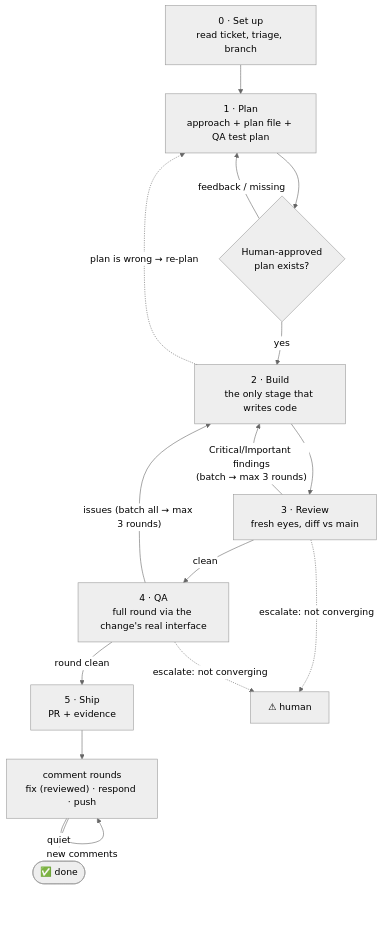
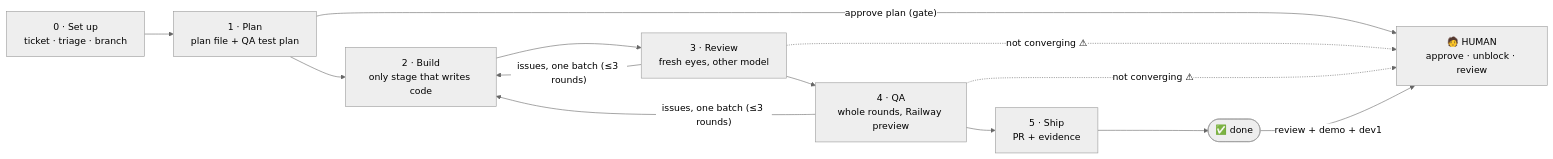
One commit to s-ashwinkumar/shield changed the diagram in playbook/workflow.md. Above: the diagram before and after it, drawn with Mermaid (neutral theme). The commit also changed other lines of this file and 1 other file, not shown here.

Commit message:
docs(playbook): canonical flow diagram = user-approved straight-line version (lavish session)
Straight LR spine, Review/QA batch loop-backs into Build, HUMAN box
collecting the interruption points (plan gate, escalations, closing
hand-off). .lavish/ scratch artifacts gitignored.

````diff
--- a/playbook/workflow.md
+++ b/playbook/workflow.md
@@ -16,18 +16,18 @@
 ```mermaid
-flowchart TD
-    S0["0 · Set up<br/>read ticket, triage, branch"] --> S1["1 · Plan<br/>approach + plan file + QA test plan"]
-    S1 --> G1{"Human-approved<br/>plan exists?"}
-    G1 -- "feedback / missing" --> S1
-    G1 -- "yes" --> S2["2 · Build<br/>the only stage that writes code"]
-    S2 --> S3["3 · Review<br/>fresh eyes, diff vs main"]
-    S3 -- "Critical/Important findings<br/>(batch → max 3 rounds)" --> S2
-    S3 -- "clean" --> S4["4 · QA<br/>full round via the change's real interface"]
-    S4 -- "issues (batch all → max 3 rounds)" --> S2
-    S4 -- "round clean" --> S5["5 · Ship<br/>PR + evidence"]
-    S5 --> CR["comment rounds<br/>fix (reviewed) · respond · push"]
-    CR -- "new comments" --> CR
-    CR -- "quiet" --> DONE(["✅ done"])
-    S2 -. "plan is wrong → re-plan" .-> S1
-    S3 -. "escalate: not converging" .-> H["⚠ human"]
-    S4 -. "escalate: not converging" .-> H
+flowchart LR
+    S0["0 · Set up<br/>ticket · triage · branch"] --> S1["1 · Plan<br/>plan file + QA test plan"]
+    S1 --> S2["2 · Build<br/>only stage that writes code"]
+    S2 --> S3["3 · Review<br/>fresh eyes, other model"]
+    S3 --> S4["4 · QA<br/>whole rounds, Railway preview"]
+    S4 --> S5["5 · Ship<br/>PR + evidence"]
+    S5 --> DONE(["✅ done"])
+
+    S3 -- "issues, one batch (≤3 rounds)" --> S2
+    S4 -- "issues, one batch (≤3 rounds)" --> S2
+
+    H["🧑 HUMAN<br/>approve · unblock · review"]
+    S1 -- "approve plan (gate)" --> H
+    S3 -. "not converging ⚠" .-> H
+    S4 -. "not converging ⚠" .-> H
+    DONE -- "review + demo + dev1" --> H
 ```
````
